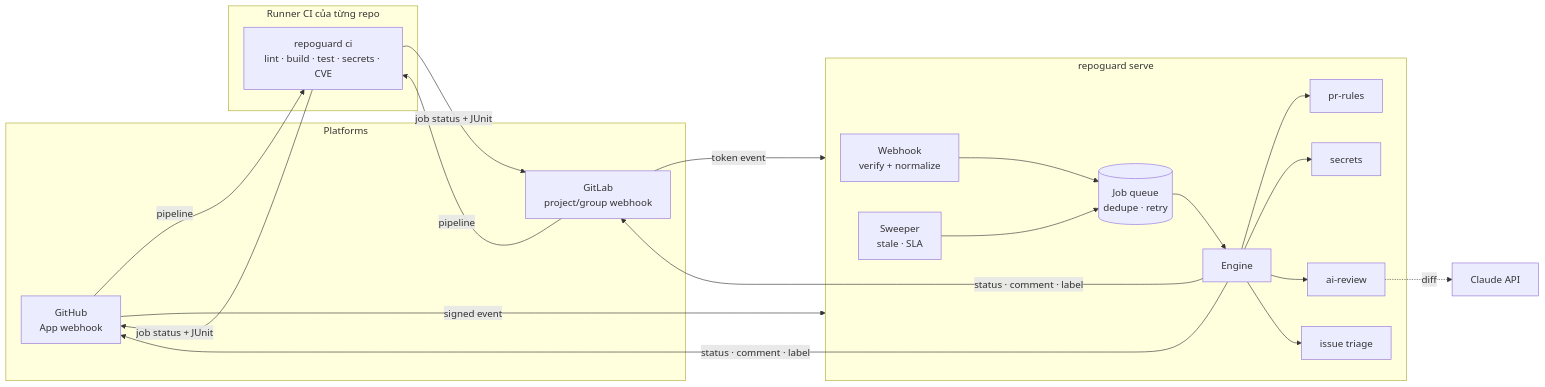
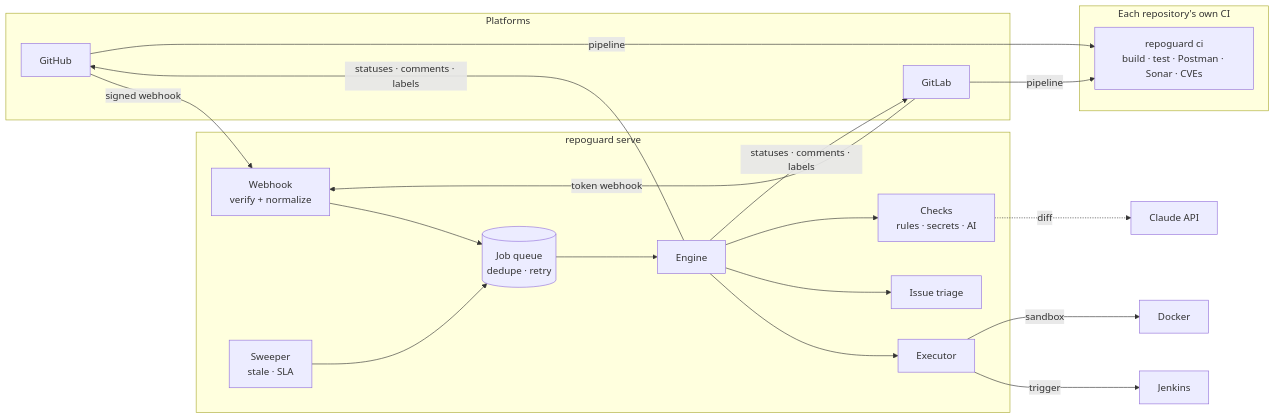
Before and after one commit to dpvinh30092005/repoguard: the diagram in README.md, drawn with Mermaid. The commit also changed other lines of this file, not shown here.

````diff
--- a/README.md
+++ b/README.md
@@ -21,25 +50,25 @@
 ```mermaid
 flowchart LR
     subgraph Platforms
-      GH[GitHub<br/>App webhook]
-      GL[GitLab<br/>project/group webhook]
+      GH[GitHub]
+      GL[GitLab]
     end
-    GH -- signed event --> S
-    GL -- token event --> S
+    GH -- signed webhook --> W
+    GL -- token webhook --> W
     subgraph S[repoguard serve]
       W[Webhook<br/>verify + normalize] --> Q[(Job queue<br/>dedupe · retry)]
       Q --> E[Engine]
-      E --> C1[pr-rules]
-      E --> C2[secrets]
-      E --> C3[ai-review]
-      E --> T[issue triage]
+      E --> C[Checks<br/>rules · secrets · AI]
+      E --> T[Issue triage]
       SW[Sweeper<br/>stale · SLA] --> Q
+      E --> X[Executor]
     end
-    C3 -. diff .-> AI[Claude API]
-    E -- status · comment · label --> GH & GL
-    subgraph CI[Runner CI của từng repo]
-      R[repoguard ci<br/>lint · build · test · secrets · CVE]
+    C -. diff .-> AI[Claude API]
+    X -- sandbox --> D[Docker]
+    X -- trigger --> J[Jenkins]
+    E -- statuses · comments · labels --> GH & GL
+    subgraph CI[Each repository's own CI]
+      R[repoguard ci<br/>build · test · Postman · Sonar · CVEs]
     end
     GH & GL -- pipeline --> R
-    R -- job status + JUnit --> GH & GL
 ```
````
